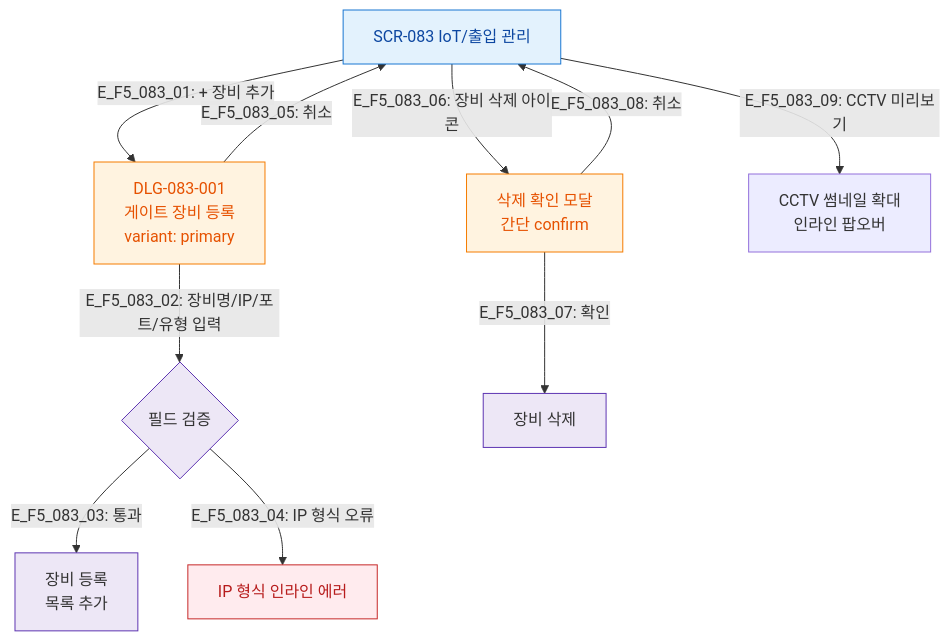
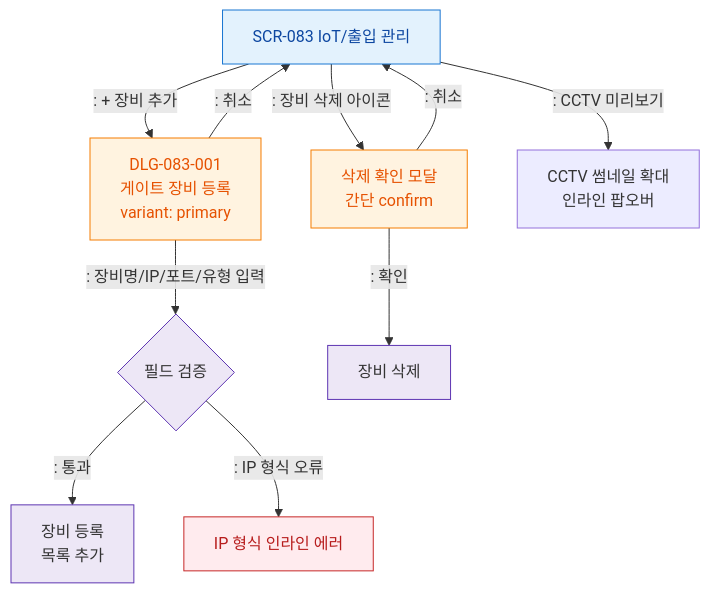
One commit to dev-spogym/admin-pando changed the diagram in docs/다이어그램/D09_설정관리/SCR-083_IoT출입관리/F5_모달트리거.md. Above: the diagram before and after it, drawn with Mermaid. The commit also changed other lines of this file and 1660 other files, not shown here.

First line of the commit message:
다이어그램: 기획자/클라이언트 납품본으로 정리

````diff
--- a/docs/다이어그램/D09_설정관리/SCR-083_IoT출입관리/F5_모달트리거.md
+++ b/docs/다이어그램/D09_설정관리/SCR-083_IoT출입관리/F5_모달트리거.md
@@ -14,25 +12,25 @@
 ```mermaid
 flowchart TD
     SCR083[SCR-083 IoT/출입 관리]
 
-    SCR083 -->|"E_F5_083_01: + 장비 추가"| DLG_001[DLG-083-001\n게이트 장비 등록\nvariant: primary]
-    DLG_001 -->|"E_F5_083_02: 장비명/IP/포트/유형 입력"| Validate{필드 검증}
-    Validate -->|"E_F5_083_03: 통과"| AddDevice[장비 등록\n목록 추가]
-    Validate -->|"E_F5_083_04: IP 형식 오류"| IPError[IP 형식 인라인 에러]
-    DLG_001 -->|"E_F5_083_05: 취소"| SCR083
+    SCR083 -->|": + 장비 추가"|DLG_001[DLG-083-001\n게이트 장비 등록\nvariant: primary]
+    DLG_001 -->|": 장비명/IP/포트/유형 입력"|Validate{필드 검증}
+    Validate -->|": 통과"|AddDevice[장비 등록\n목록 추가]
+    Validate -->|": IP 형식 오류"|IPError[IP 형식 인라인 에러]
+    DLG_001 -->|": 취소"|SCR083
 
-    SCR083 -->|"E_F5_083_06: 장비 삭제 아이콘"| DLG_DEL[삭제 확인 모달\n간단 confirm]
-    DLG_DEL -->|"E_F5_083_07: 확인"| DeleteDevice[장비 삭제]
-    DLG_DEL -->|"E_F5_083_08: 취소"| SCR083
+    SCR083 -->|": 장비 삭제 아이콘"|DLG_DEL[삭제 확인 모달\n간단 confirm]
+    DLG_DEL -->|": 확인"|DeleteDevice[장비 삭제]
+    DLG_DEL -->|": 취소"|SCR083
 
-    SCR083 -->|"E_F5_083_09: CCTV 미리보기"| CCTVPreview[CCTV 썸네일 확대\n인라인 팝오버]
+    SCR083 -->|": CCTV 미리보기"|CCTVPreview[CCTV 썸네일 확대\n인라인 팝오버]
 
     classDef screen fill:#E3F2FD,stroke:#1976D2,color:#0D47A1
     classDef modal fill:#FFF3E0,stroke:#F57C00,color:#E65100
     classDef error fill:#FFEBEE,stroke:#C62828,color:#B71C1C
     classDef system fill:#EDE7F6,stroke:#5E35B2
     class SCR083 screen
     class DLG_001,DLG_DEL modal
     class IPError error
     class Validate,AddDevice,DeleteDevice system
 ```
````
